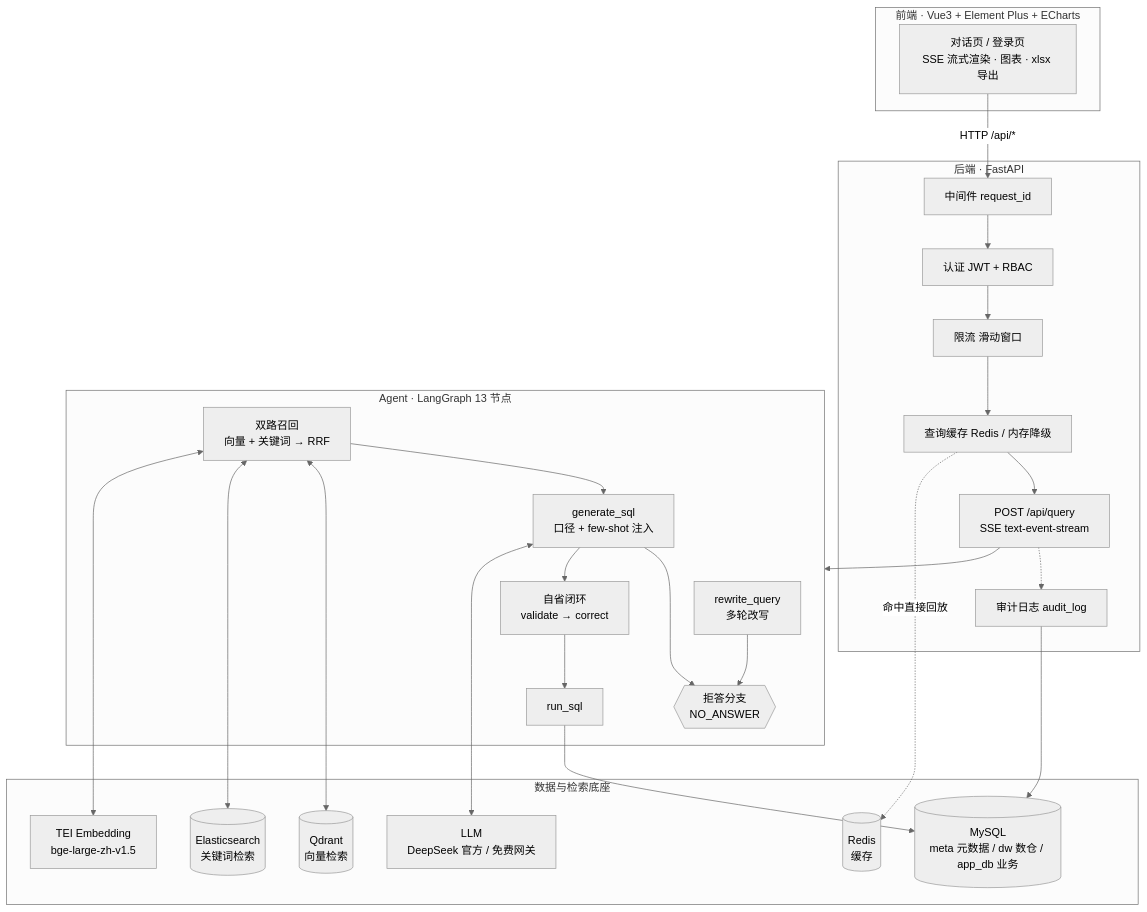
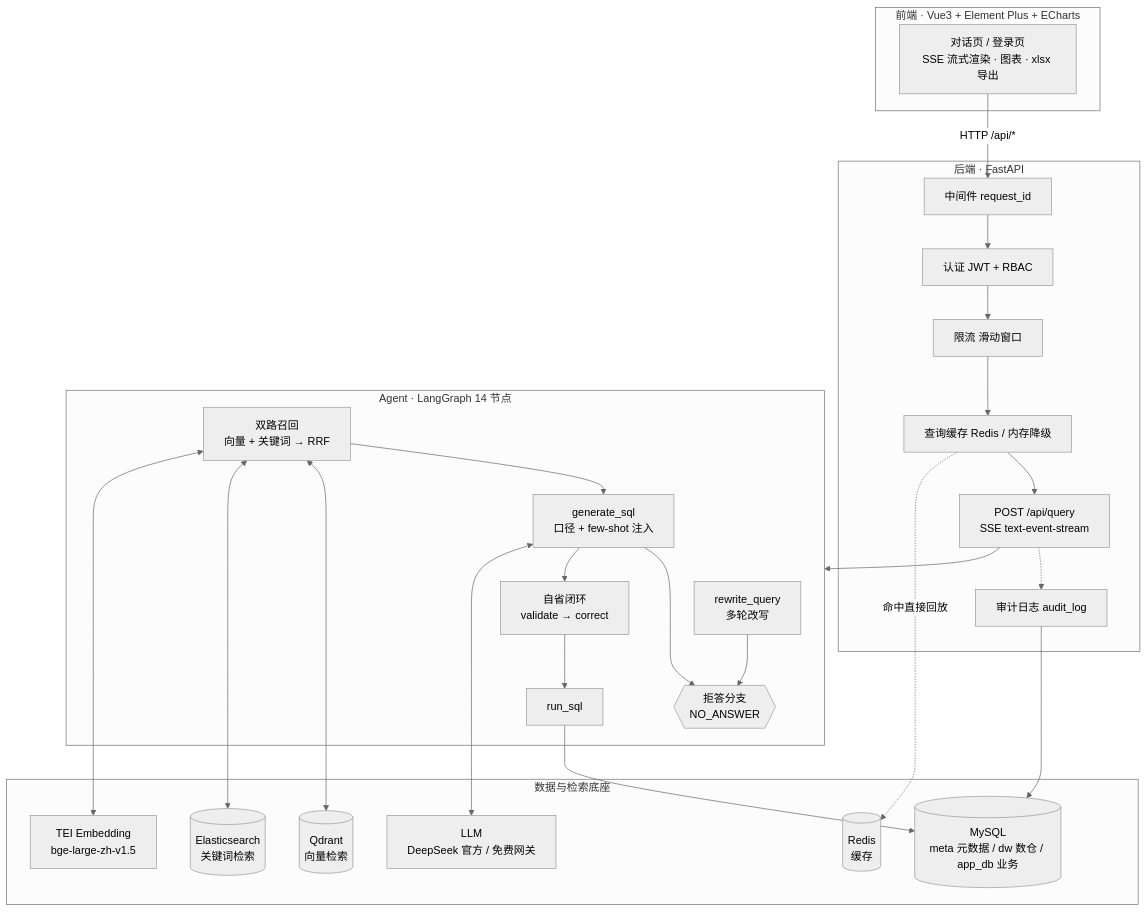
The first of 2 diagrams in data-agent/README.md (insist-ai/text2sql-agent), drawn with Mermaid (neutral theme) before and after one commit. The commit also changed other lines of this file and 2 other files, not shown here.

Commit message:
docs: 修正 Agent 节点数 13 → 14（与 graph.py 中 add_node 调用一致）

````diff
--- a/data-agent/README.md
+++ b/data-agent/README.md
@@ -86,47 +86,47 @@
 ```mermaid
 flowchart TB
     subgraph FE["前端 · Vue3 + Element Plus + ECharts"]
         UI["对话页 / 登录页<br/>SSE 流式渲染 · 图表 · xlsx 导出"]
     end
 
     subgraph BE["后端 · FastAPI"]
         MW["中间件 request_id"]
         AUTH["认证 JWT + RBAC"]
         RL["限流 滑动窗口"]
         QC["查询缓存 Redis / 内存降级"]
         AUDIT["审计日志 audit_log"]
         QR["POST /api/query<br/>SSE text-event-stream"]
     end
 
-    subgraph AG["Agent · LangGraph 13 节点"]
+    subgraph AG["Agent · LangGraph 14 节点"]
         RW["rewrite_query<br/>多轮改写"]
         REJ{{"拒答分支<br/>NO_ANSWER"}}
         RECALL["双路召回<br/>向量 + 关键词 → RRF"]
         GEN["generate_sql<br/>口径 + few-shot 注入"]
         LOOP["自省闭环<br/>validate → correct"]
         RUN["run_sql"]
     end
 
     subgraph DATA["数据与检索底座"]
         MYSQL[("MySQL<br/>meta 元数据 / dw 数仓 / app_db 业务")]
         QD[("Qdrant<br/>向量检索")]
         ES[("Elasticsearch<br/>关键词检索")]
         RDS[("Redis<br/>缓存")]
         TEI["TEI Embedding<br/>bge-large-zh-v1.5"]
         LLM["LLM<br/>DeepSeek 官方 / 免费网关"]
     end
 
     UI -->|"HTTP /api/*"| MW
     MW --> AUTH --> RL --> QC --> QR
     QR --> AG
     QC -.->|"命中直接回放"| RDS
     QR -.-> AUDIT --> MYSQL
     RW --> REJ
     RECALL --> GEN --> REJ
     GEN --> LOOP --> RUN
     RECALL <--> QD
     RECALL <--> ES
     RECALL <--> TEI
     GEN <--> LLM
     RUN --> MYSQL
 ```
````
